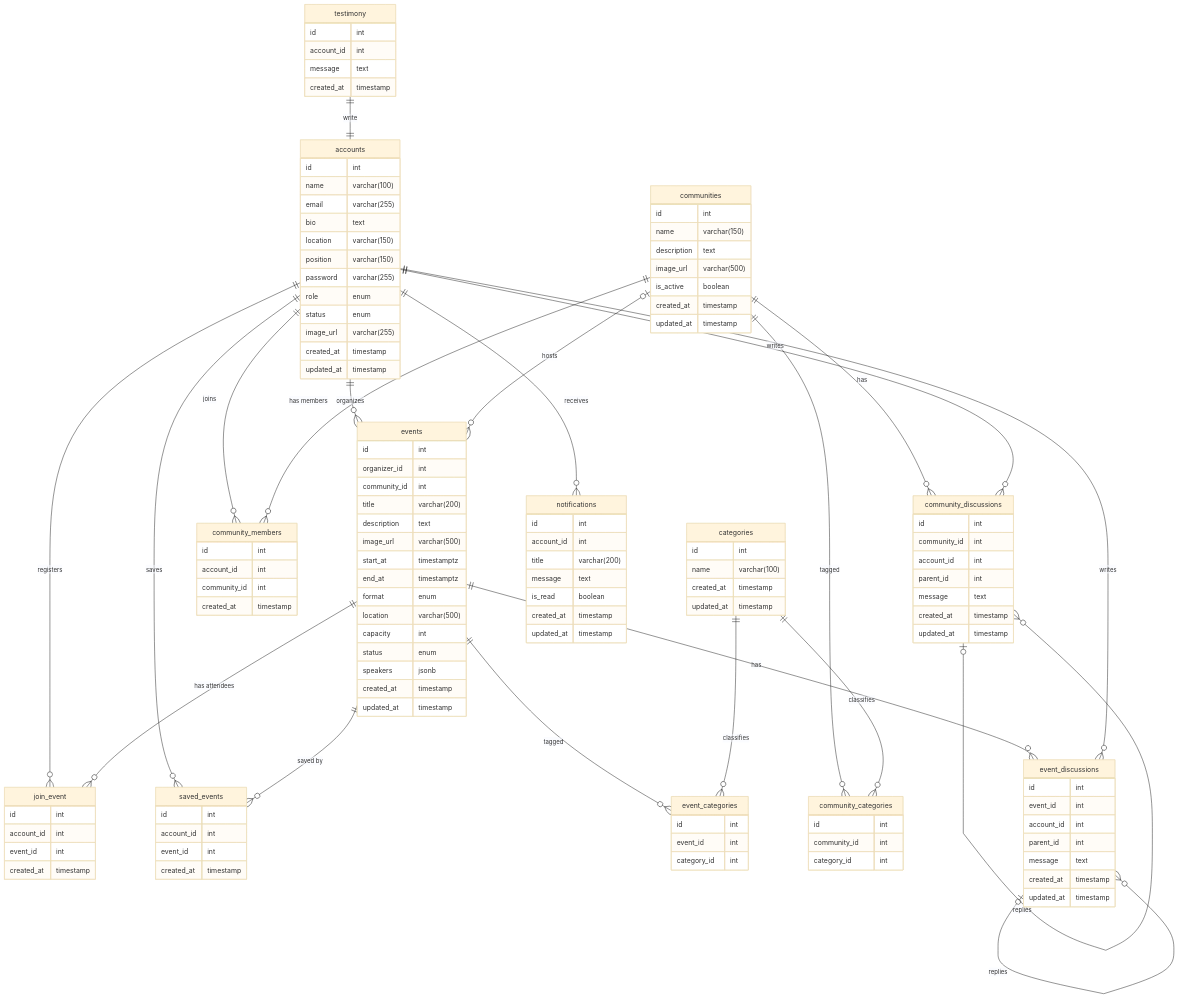
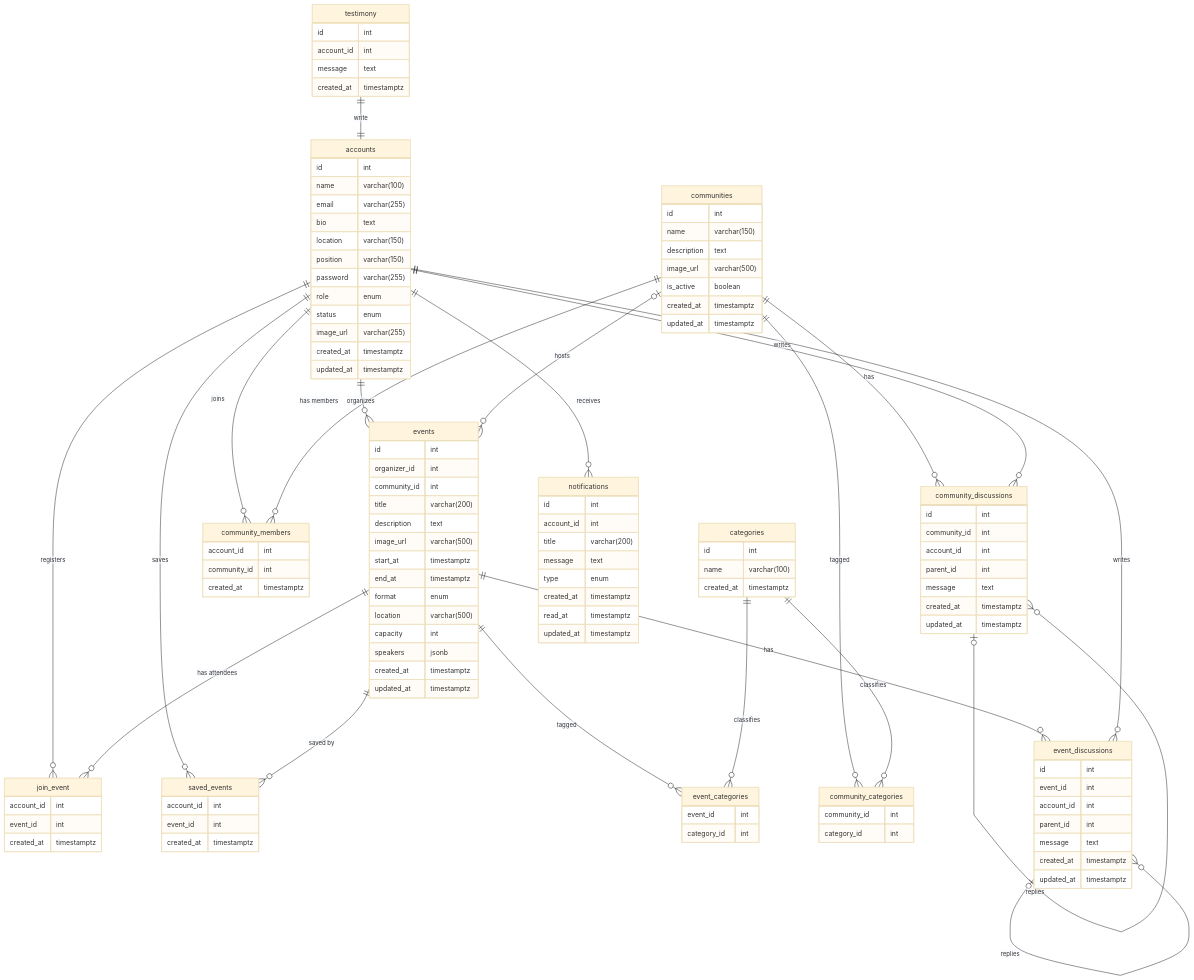
One commit to MGT06/koda-b9-database changed the diagram in README.md. Above: the diagram before and after it, drawn with Mermaid (base theme).

Commit message:
refactor: update timestamp fields to use timestamptz for better timezone handling

```diff
--- a/README.md
+++ b/README.md
@@ -16,8 +16,8 @@
         role enum
         status enum
         image_url varchar(255)
-        created_at timestamp
-        updated_at timestamp
+        created_at timestamptz 
+        updated_at timestamptz 
     }
 
     communities {
@@ -26,15 +26,14 @@
         description text
         image_url varchar(500)
         is_active boolean
-        created_at timestamp
-        updated_at timestamp
+        created_at timestamptz 
+        updated_at timestamptz 
     }
 
     categories {
         id int
         name varchar(100)
-        created_at timestamp
-        updated_at timestamp
+        created_at timestamptz 
     }
 
     events {
@@ -49,48 +48,42 @@
         format enum
         location varchar(500)
         capacity int
-        status enum
         speakers jsonb
-        created_at timestamp
-        updated_at timestamp
+        created_at timestamptz 
+        updated_at timestamptz
     }
 
     testimony {
         id int
         account_id int
         message text
-        created_at timestamp
+        created_at timestamptz 
     }
 
     join_event {
-        id int
         account_id int
         event_id int
-        created_at timestamp
+        created_at timestamptz 
     }
 
     saved_events {
-        id int
         account_id int
         event_id int
-        created_at timestamp
+        created_at timestamptz 
     }
 
     community_members {
-        id int
         account_id int
         community_id int
-        created_at timestamp
+        created_at timestamptz 
     }
 
     event_categories {
-        id int
         event_id int
         category_id int
     }
 
     community_categories {
-        id int
         community_id int
         category_id int
     }
@@ -101,8 +94,8 @@
         account_id int
         parent_id int
         message text
-        created_at timestamp
-        updated_at timestamp
+        created_at timestamptz 
+        updated_at timestamptz 
     }
 
     community_discussions {
@@ -111,8 +104,8 @@
         account_id int
         parent_id int
         message text
-        created_at timestamp
-        updated_at timestamp
+        created_at timestamptz 
+        updated_at timestamptz 
     }
 
     notifications {
@@ -120,9 +113,10 @@
         account_id int
         title varchar(200)
         message text
-        is_read boolean
-        created_at timestamp
-        updated_at timestamp
+        type enum
+        created_at timestamptz 
+        read_at timestamptz 
+        updated_at timestamptz 
     }
 
     accounts ||--o{ events : "organizes"
```
